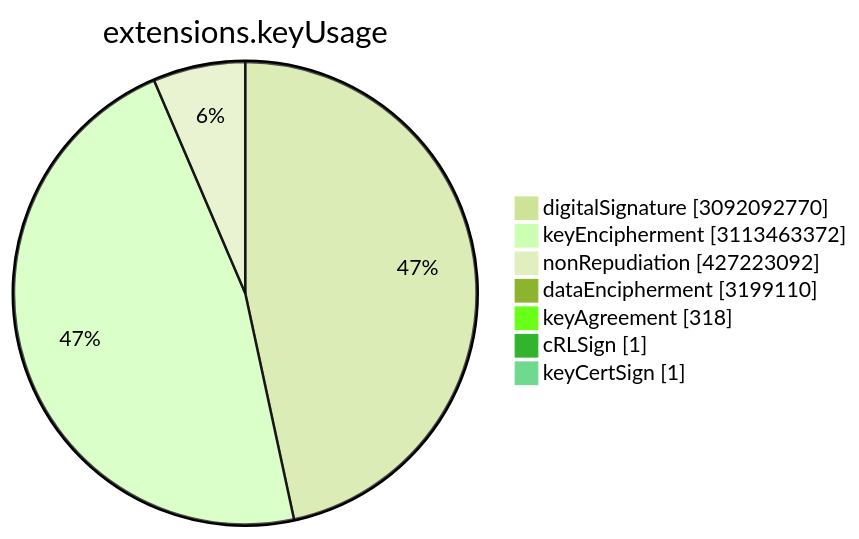
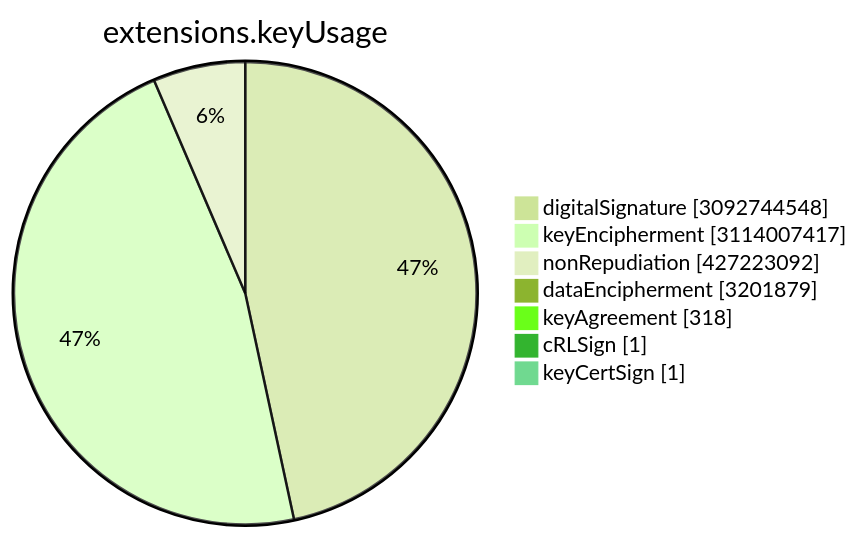
Before and after one commit to christiankrug/ctmonitor_visualization: the sixth of 15 diagrams in TOTAL/README.md, drawn with Mermaid (forest theme). The commit also changed other lines of this file, not shown here.

````diff
--- a/TOTAL/README.md
+++ b/TOTAL/README.md
@@ -3075,11 +3075,11 @@
 ```mermaid
 pie showData
 title extensions.keyUsage
-"digitalSignature" :3092092770
-"keyEncipherment" :3113463372
+"digitalSignature" :3092744548
+"keyEncipherment" :3114007417
 "nonRepudiation" :427223092
-"dataEncipherment" :3199110
+"dataEncipherment" :3201879
 "keyAgreement" :318
 "cRLSign" :1
 "keyCertSign" :1
 ```
````
